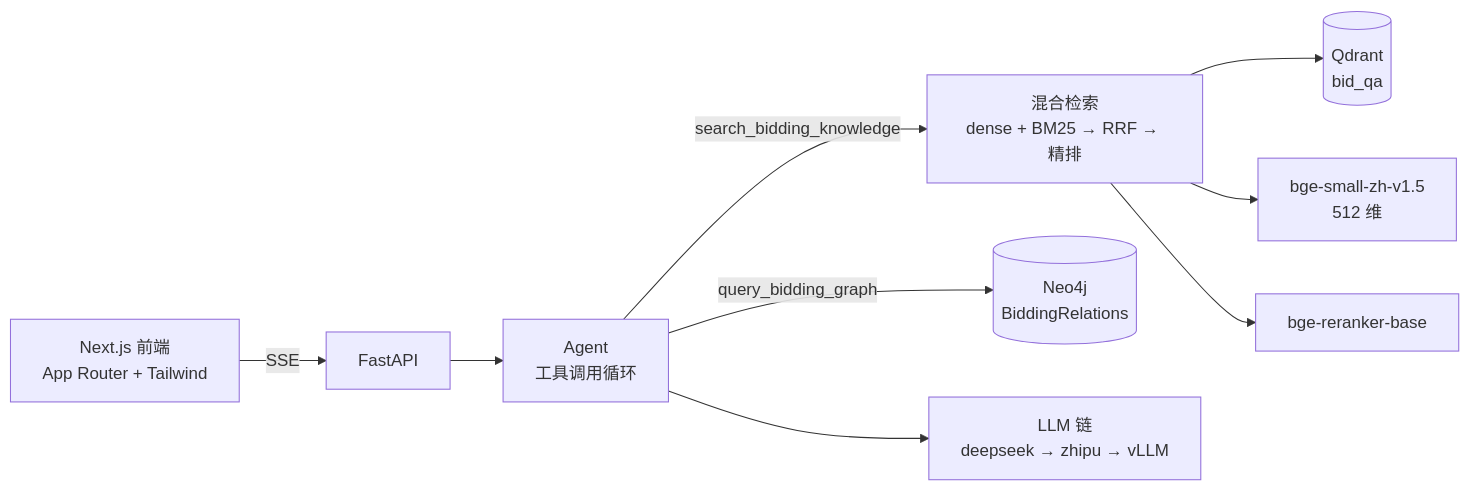
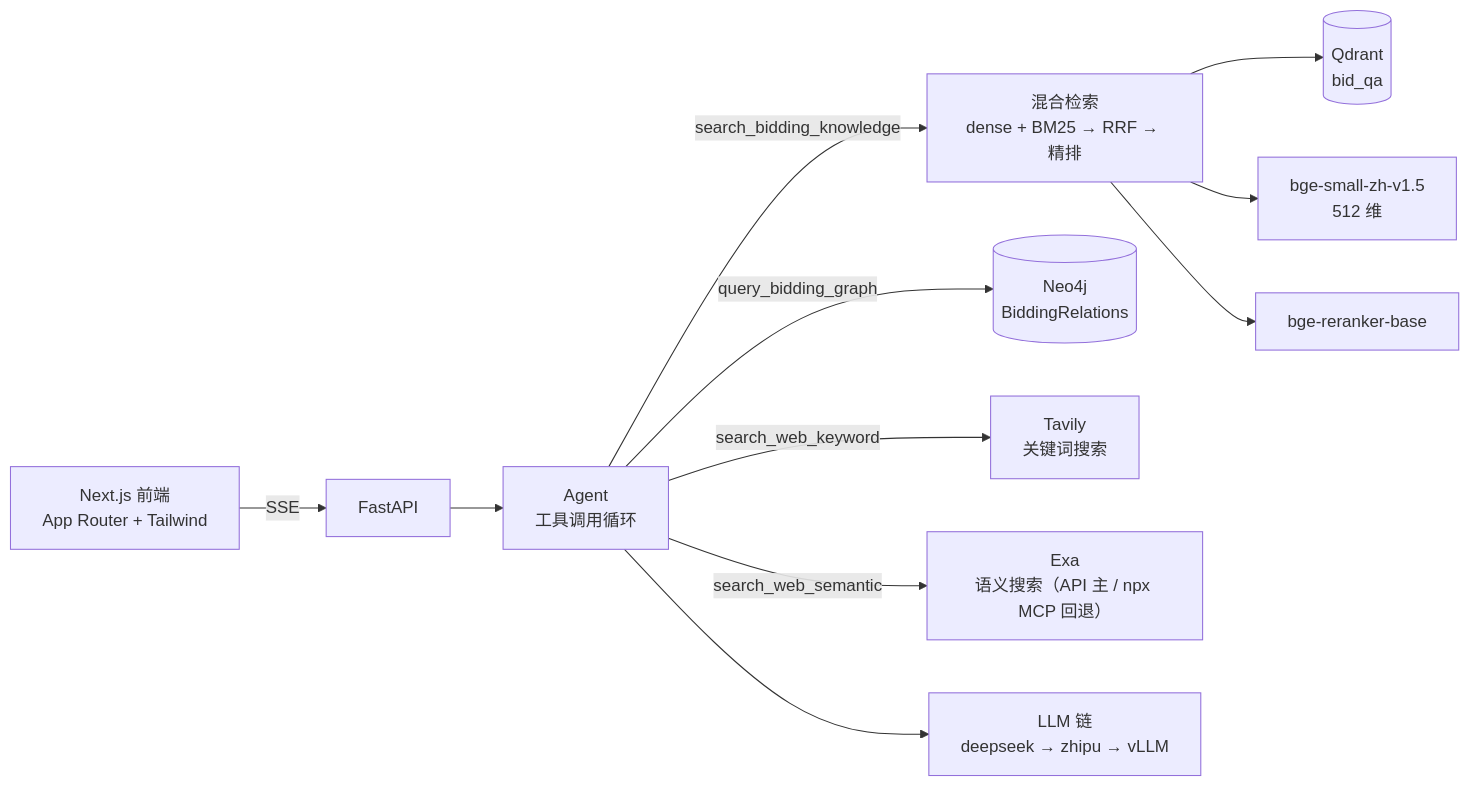
Before and after one commit to HoarHam/Bidding_QA_Chatbot: the diagram in README.md, drawn with Mermaid. The commit also changed other lines of this file and 47 other files, not shown here.

````diff
--- a/README.md
+++ b/README.md
@@ -114,11 +116,13 @@
 ```mermaid
 flowchart LR
     UI["Next.js 前端<br/>App Router + Tailwind"] -->|"SSE"| API["FastAPI"]
     API --> AG["Agent<br/>工具调用循环"]
     AG -->|"search_bidding_knowledge"| RET["混合检索<br/>dense + BM25 → RRF → 精排"]
     RET --> QD[("Qdrant<br/>bid_qa")]
     RET --> EMB["bge-small-zh-v1.5<br/>512 维"]
     RET --> RRK["bge-reranker-base"]
     AG -->|"query_bidding_graph"| KG[("Neo4j<br/>BiddingRelations")]
+    AG -->|"search_web_keyword"| TV["Tavily<br/>关键词搜索"]
+    AG -->|"search_web_semantic"| EX["Exa<br/>语义搜索（API 主 / npx MCP 回退）"]
     AG --> LLM["LLM 链<br/>deepseek → zhipu → vLLM"]
 ```
````
